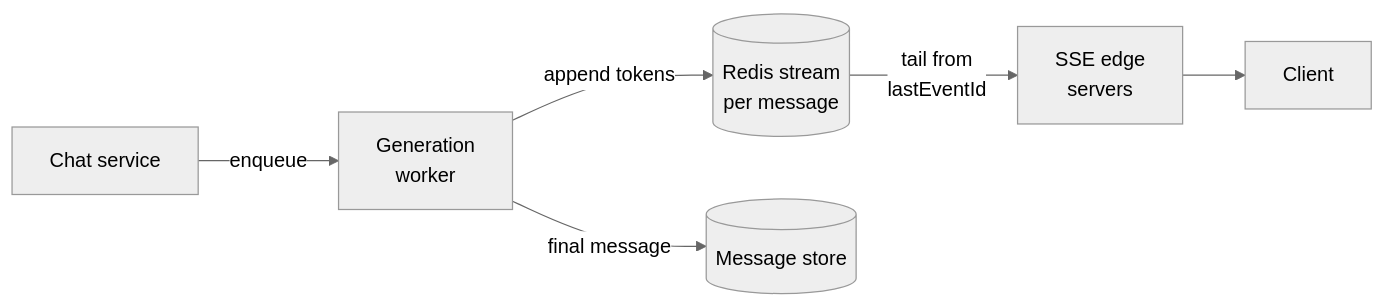
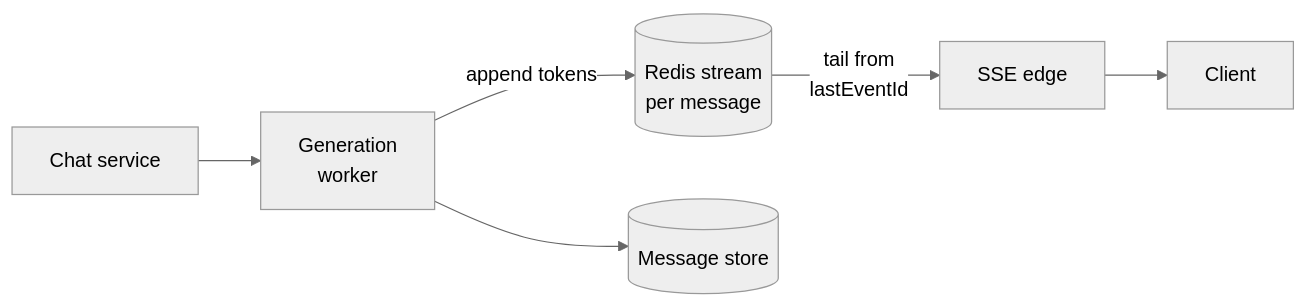
One commit to shubamchaudhary/CodeNITW changed the third of 3 diagrams in src/Data/aiStackDocs/DP-03.md. Above: the diagram before and after it, drawn with Mermaid (neutral theme). The commit also changed other lines of this file and 15 other files, not shown here.

````diff
--- a/src/Data/aiStackDocs/DP-03.md
+++ b/src/Data/aiStackDocs/DP-03.md
@@ -126,8 +108,8 @@
 ```mermaid
 flowchart LR
-    CS["Chat service"] -->|"enqueue"| GW["Generation<br/>worker"]
+    CS["Chat service"] --> GW["Generation<br/>worker"]
     GW -->|"append tokens"| RS[("Redis stream<br/>per message")]
-    GW -->|"final message"| DB[("Message store")]
-    RS -->|"tail from<br/>lastEventId"| SSE["SSE edge<br/>servers"]
+    GW --> DB[("Message store")]
+    RS -->|"tail from<br/>lastEventId"| SSE["SSE edge"]
     SSE --> C["Client"]
 ```
````
